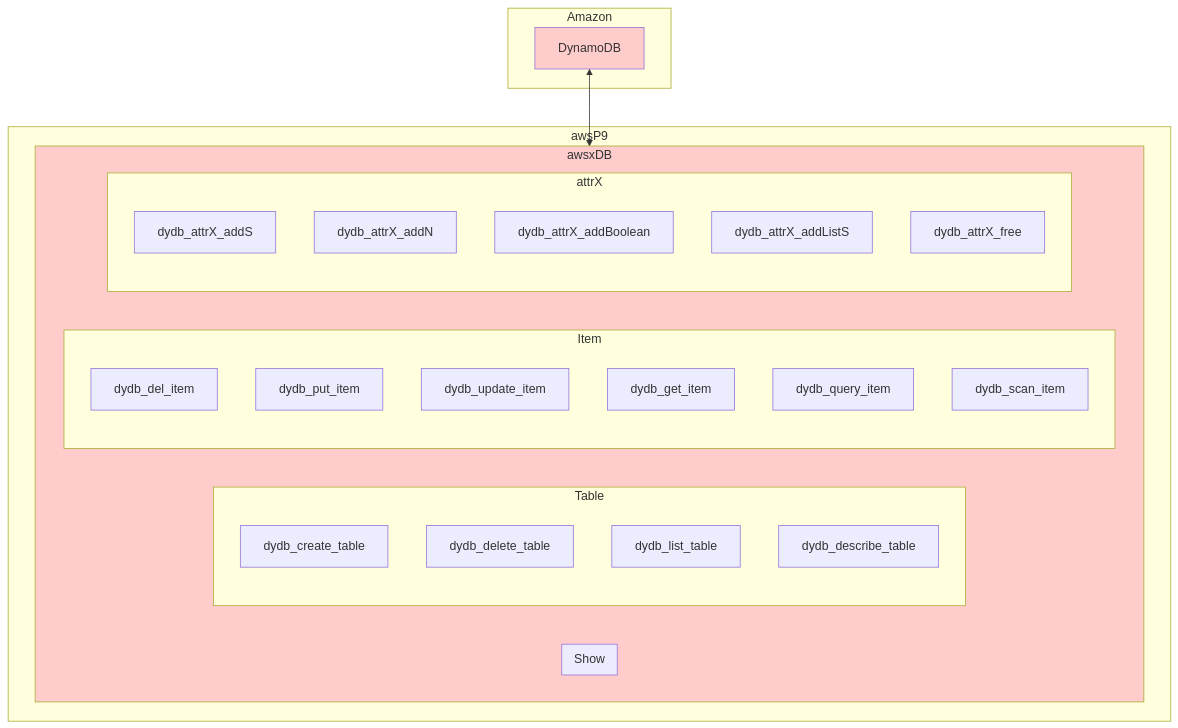
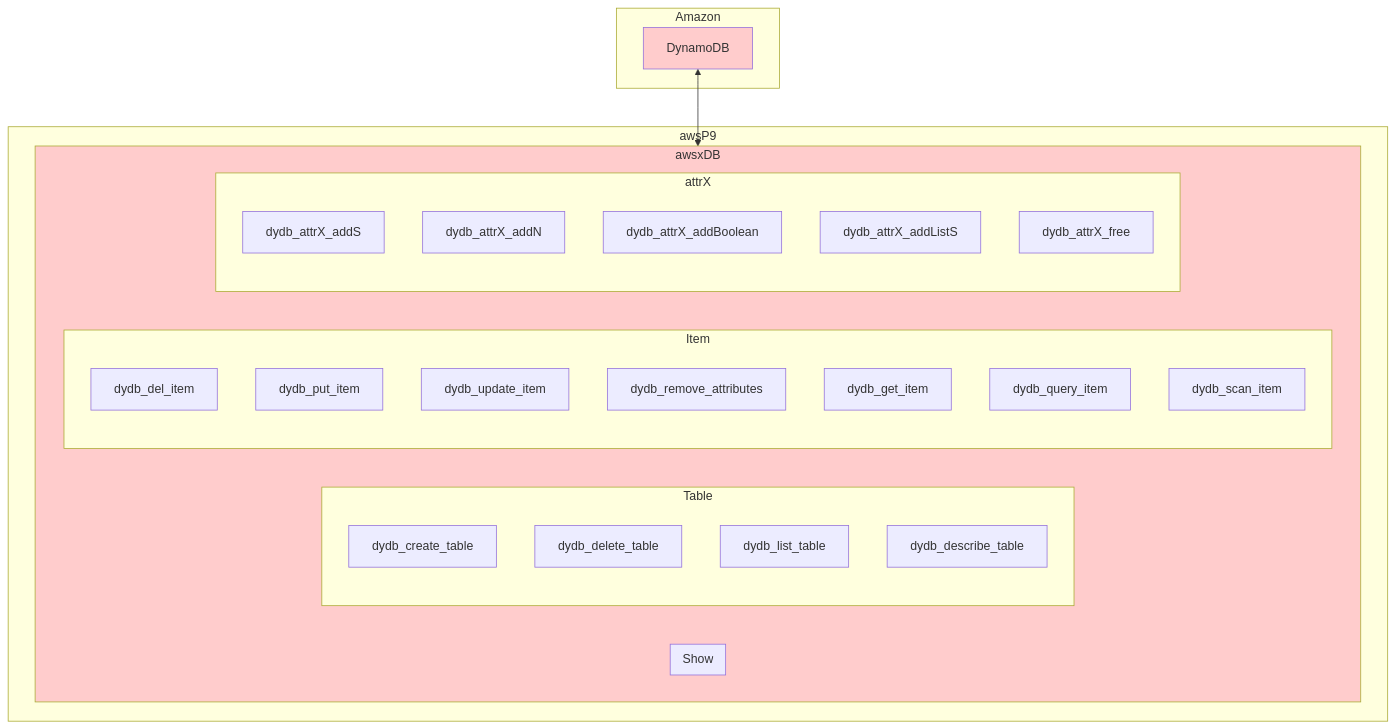
One commit to lankahsu520/awsP9 changed the first of 2 diagrams in README.md. Above: the diagram before and after it, drawn with Mermaid. The commit also changed 2 other files, not shown here.

Commit message:
for DynamoDB, add def dydb_remove_attributes(self, TableName="", attributes="")

````diff
--- a/README.md
+++ b/README.md
@@ -15,50 +15,51 @@
 ```mermaid
 flowchart TD
 	subgraph Amazon
 		DynamoDB
 	end
 
 	subgraph awsP9
 		subgraph awsxDB
 			subgraph Show
 				
 
 
 
 			end
 			subgraph Table
 				dydb_create_table
 				dydb_delete_table
 				dydb_list_table
 				dydb_describe_table
 			end
 
 			subgraph Item
 				dydb_del_item
 				dydb_put_item
 				dydb_update_item
+				dydb_remove_attributes
 
 				dydb_get_item
 				dydb_query_item
 				dydb_scan_item
 			end
 			
 			subgraph attrX
 				dydb_attrX_addS
 				dydb_attrX_addN
 				dydb_attrX_addBoolean
 				dydb_attrX_addListS
 				dydb_attrX_free
 			end
 		end
 	end
 	DynamoDB <--> awsxDB
 
 	classDef yellow fill:#FFFFCC
 	classDef pink fill:#FFCCCC
 	classDef blue fill:#0000FF
 	classDef lightblue fill:#ADD8E6
 
 	class DynamoDB pink
 	class awsxDB pink
 ```
````
